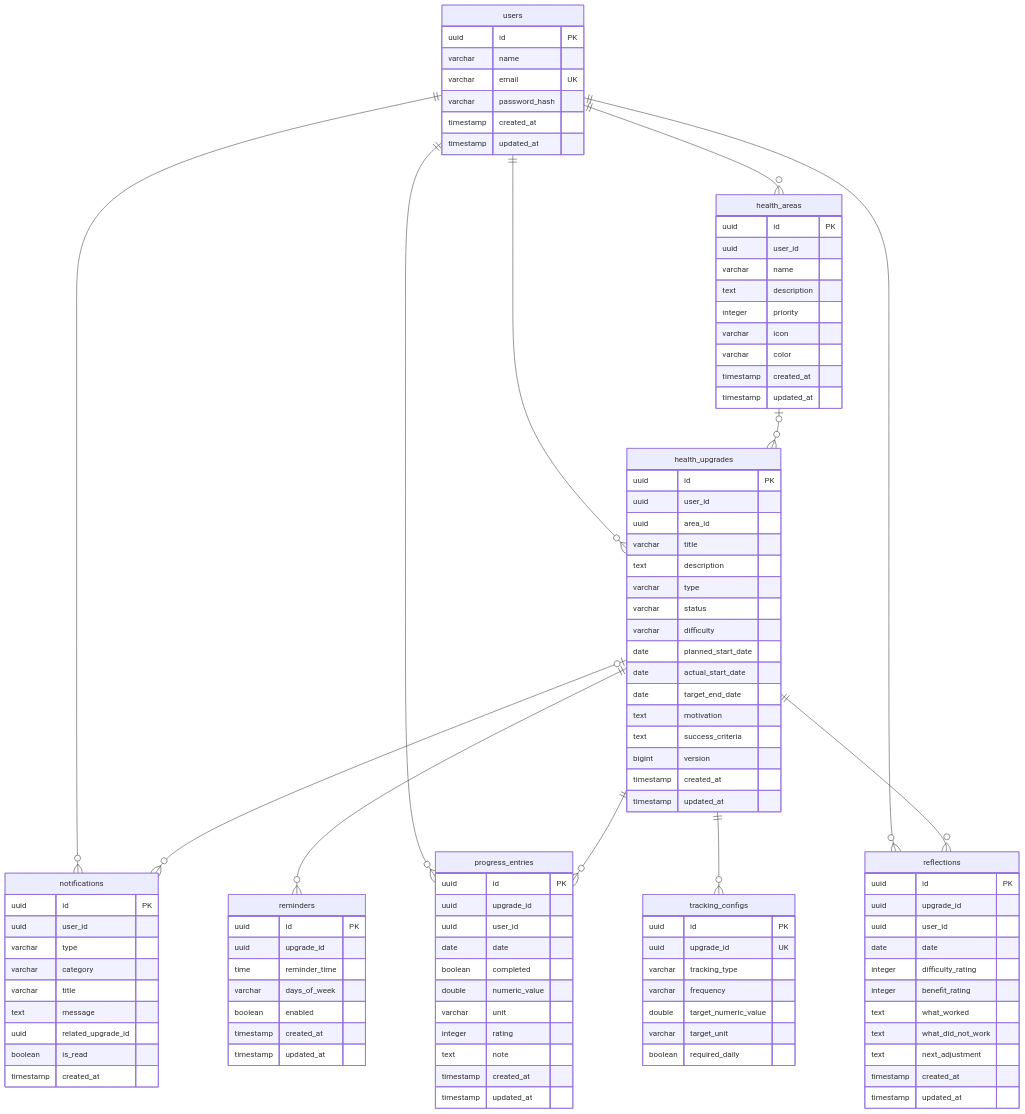
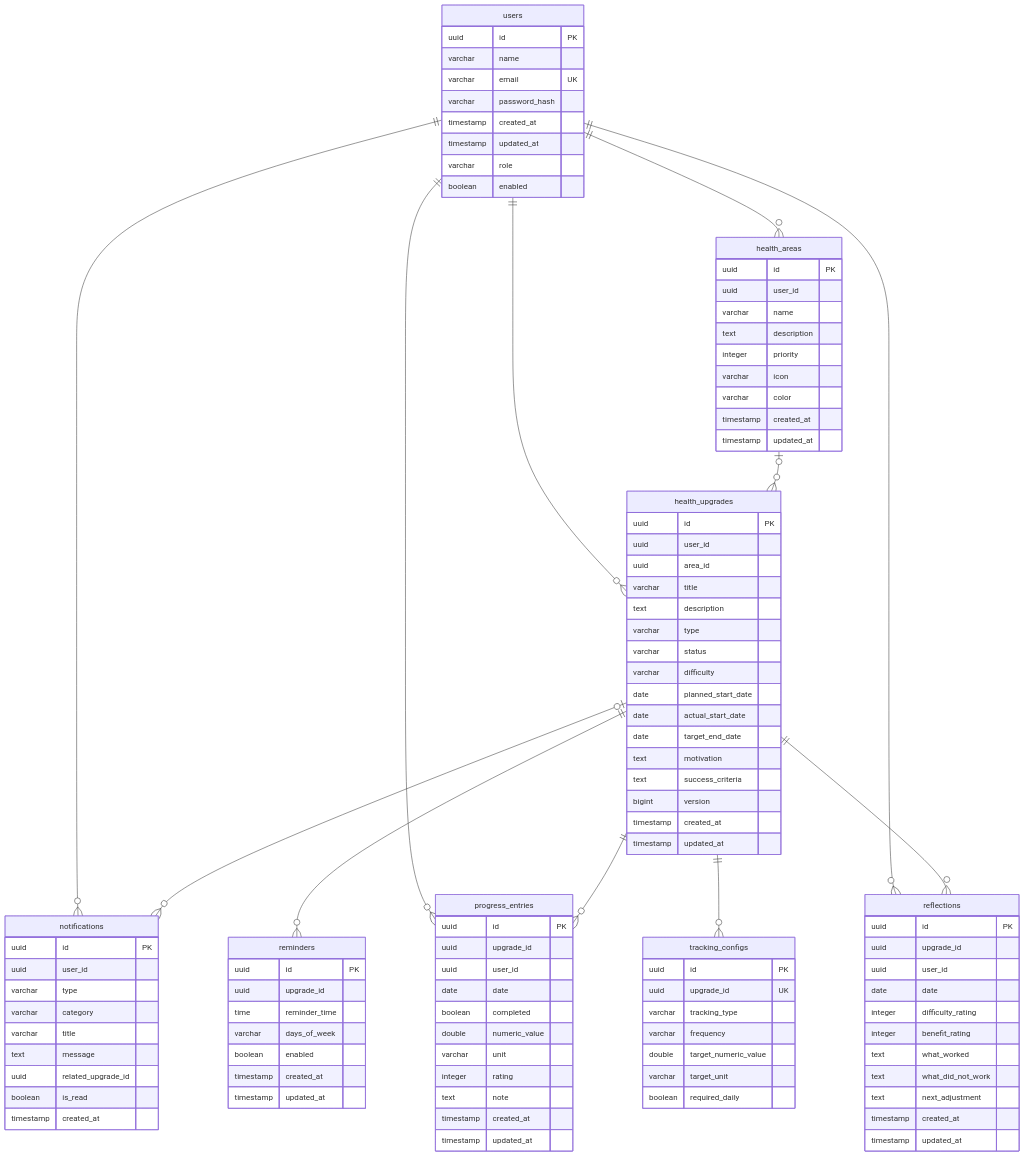
The seventh of 7 diagrams in docs/architecture/arch-diagrams/README.md (NaimElijah/UpHealther), drawn with Mermaid before and after one commit. The commit also changed 24 other files, not shown here.

```diff
--- a/docs/architecture/arch-diagrams/README.md
+++ b/docs/architecture/arch-diagrams/README.md
@@ -408,6 +408,8 @@
         varchar password_hash
         timestamp created_at
         timestamp updated_at
+        varchar role
+        boolean enabled
     }
     health_areas {
         uuid id PK
```
